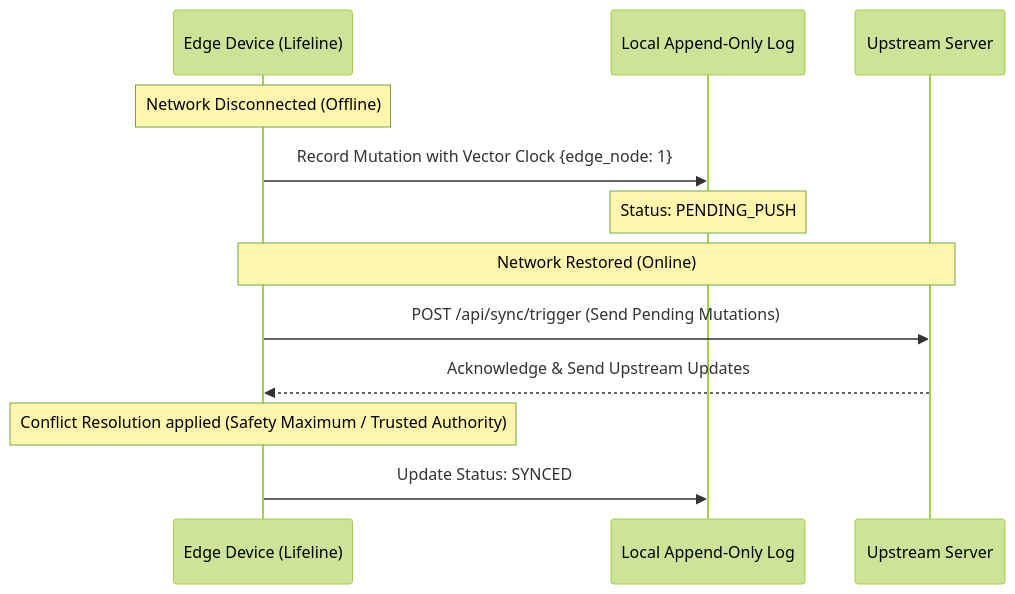
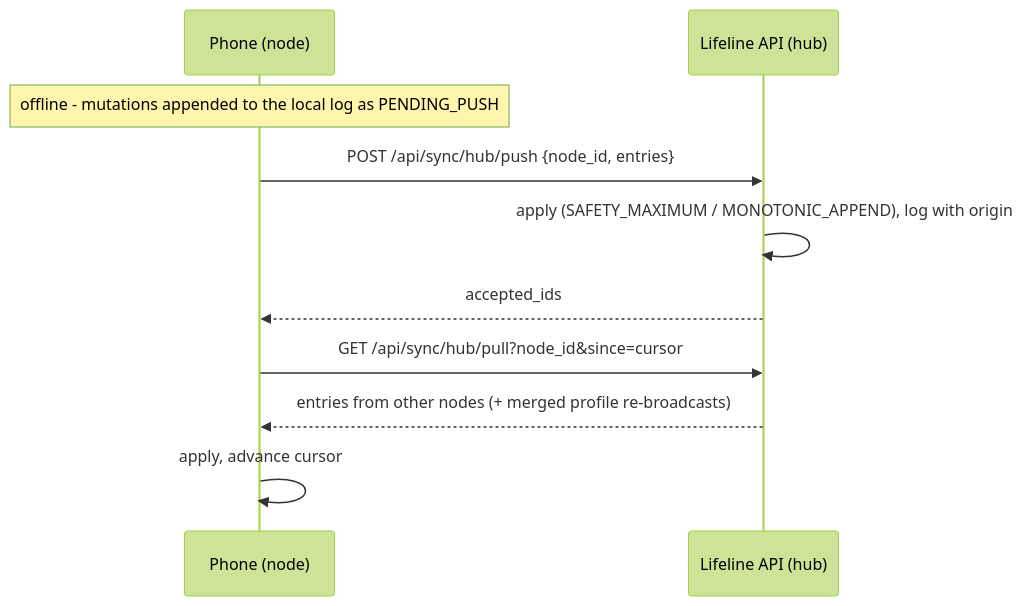
The second of 2 diagrams in docs/ARCHITECTURE.md (PareekshithPalat/LIFELINE), drawn with Mermaid (forest theme) before and after one commit. The commit also changed other lines of this file and 153 other files, not shown here.

````diff
--- a/docs/ARCHITECTURE.md
+++ b/docs/ARCHITECTURE.md
@@ -103,16 +136,12 @@
 ```mermaid
 sequenceDiagram
-    participant E as Edge Device (Lifeline)
-    participant L as Local Append-Only Log
-    participant S as Upstream Server
-
-    Note over E: Network Disconnected (Offline)
-    E->>L: Record Mutation with Vector Clock {edge_node: 1}
-    Note over L: Status: PENDING_PUSH
-
-    Note over E,S: Network Restored (Online)
-    E->>S: POST /api/sync/trigger (Send Pending Mutations)
-    S-->>E: Acknowledge & Send Upstream Updates
-    Note over E: Conflict Resolution applied (Safety Maximum / Trusted Authority)
-    E->>L: Update Status: SYNCED
+    participant P as Phone (node)
+    participant H as Lifeline API (hub)
+    Note over P: offline - mutations appended to the local log as PENDING_PUSH
+    P->>H: POST /api/sync/hub/push {node_id, entries}
+    H->>H: apply (SAFETY_MAXIMUM / MONOTONIC_APPEND), log with origin
+    H-->>P: accepted_ids
+    P->>H: GET /api/sync/hub/pull?node_id&since=cursor
+    H-->>P: entries from other nodes (+ merged profile re-broadcasts)
+    P->>P: apply, advance cursor
 ```
````
